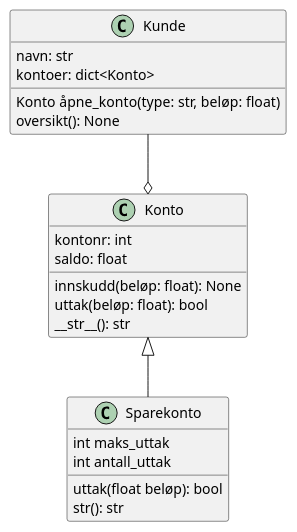
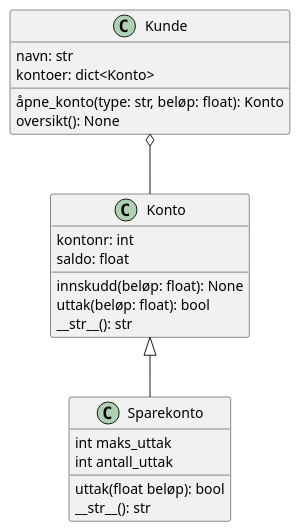
Before and after one commit to johanhake/it2-kodeekssempler-25-26: the diagram in runde3/løsningsforslag/prøve_13.2/bank.plantuml, drawn with PlantUML.

Commit message:
Liten fiks

```diff
--- a/runde3/løsningsforslag/prøve_13.2/bank.plantuml
+++ b/runde3/løsningsforslag/prøve_13.2/bank.plantuml
@@ -1,29 +1,29 @@
 @startuml bank
 
 class Kunde{
     navn: str
     kontoer: dict<Konto>
-    Konto åpne_konto(type: str, beløp: float)
+    åpne_konto(type: str, beløp: float): Konto
     oversikt(): None
 }
 
 class Konto{
     kontonr: int
     saldo: float
     innskudd(beløp: float): None
     uttak(beløp: float): bool
     __str__(): str
 }
 
 class Sparekonto{
     int maks_uttak
     int antall_uttak
     uttak(float beløp): bool
-    str(): str
+    __str__(): str
 }
 
 
-Kunde --o Konto
+Kunde o-- Konto
 Konto <|-- Sparekonto
 
 @enduml
```
